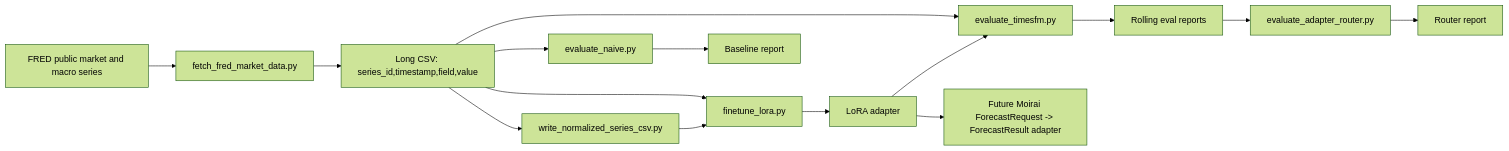
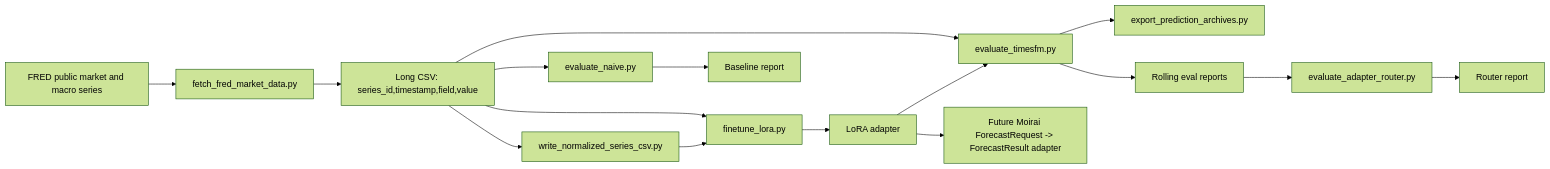
The diagram in experiments/timesfm-lora/README.md (Arch1eSUN/Time0), drawn with Mermaid (forest theme) before and after one commit. The commit also changed other lines of this file and 6 other files, not shown here.

Commit message:
Export full prediction archives

````diff
--- a/experiments/timesfm-lora/README.md
+++ b/experiments/timesfm-lora/README.md
@@ -24,17 +24,18 @@
 ```mermaid
 flowchart LR
   A["FRED public market and macro series"] --> B["fetch_fred_market_data.py"]
   B --> C["Long CSV: series_id,timestamp,field,value"]
   C --> D["evaluate_naive.py"]
   C --> E["write_normalized_series_csv.py"]
   C --> F["finetune_lora.py"]
   C --> L["evaluate_timesfm.py"]
+  L --> O["export_prediction_archives.py"]
   E --> F
   F --> G["LoRA adapter"]
   G --> L
   D --> H["Baseline report"]
   L --> M["Rolling eval reports"]
   M --> J["evaluate_adapter_router.py"]
   J --> K["Router report"]
   G --> N["Future Moirai ForecastRequest -> ForecastResult adapter"]
 ```
````
